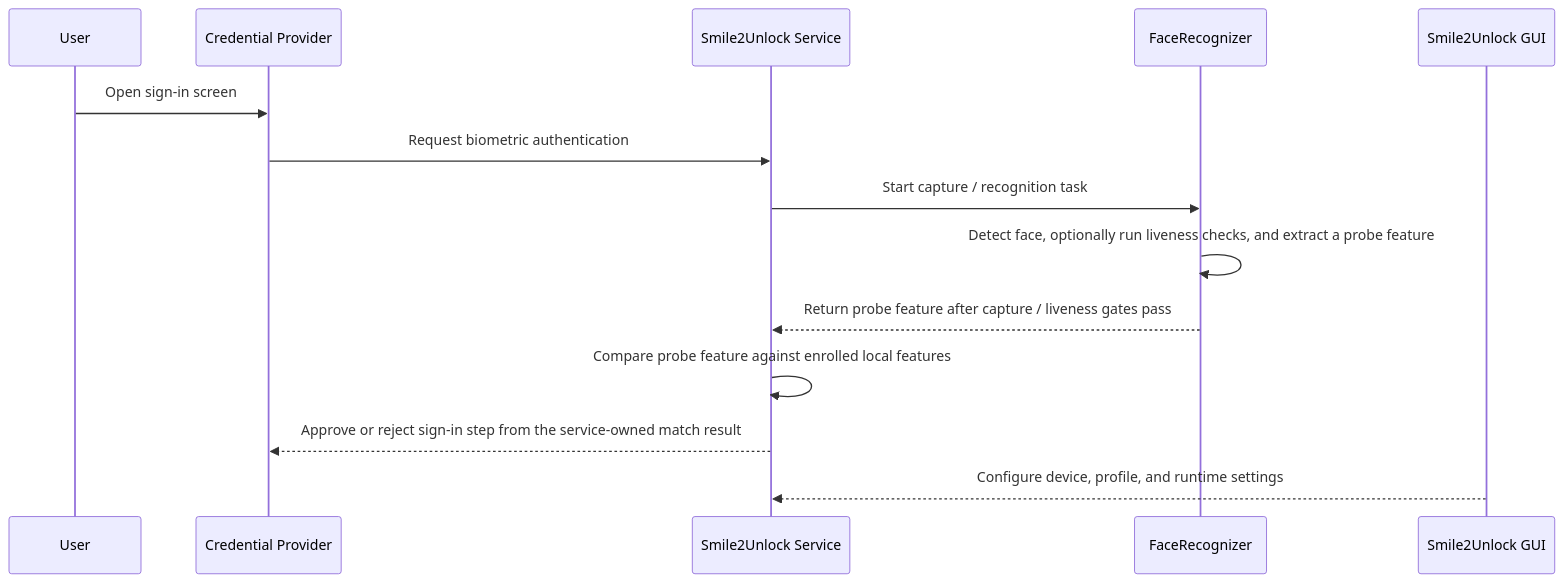
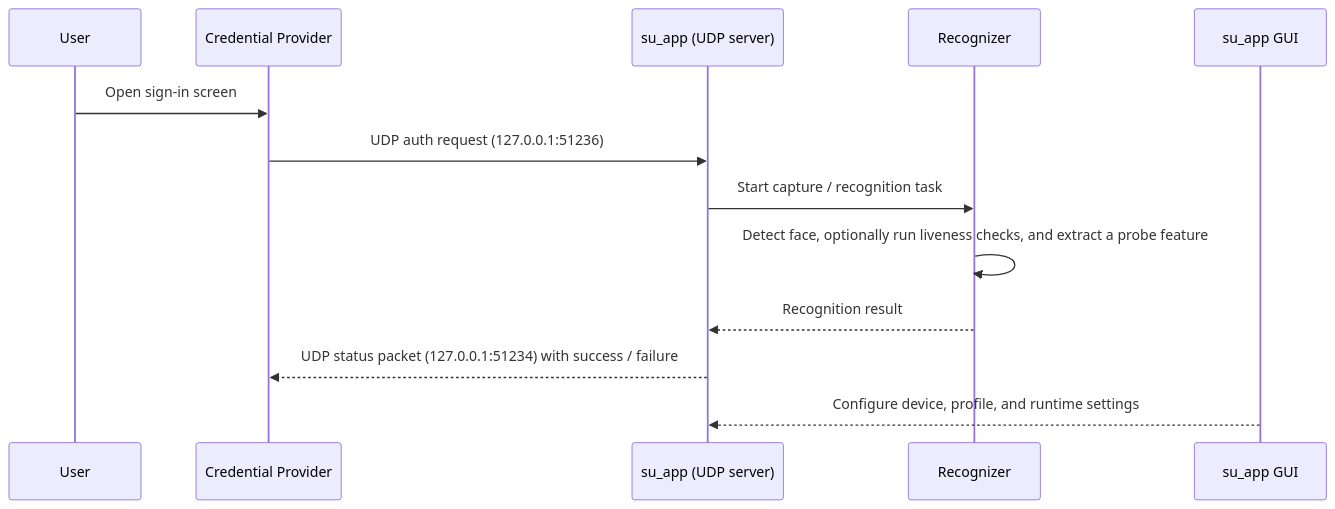
Before and after one commit to Smile2Unlock/Smile2Unlock_v2: the second of 3 diagrams in README.md, drawn with Mermaid. The commit also changed other lines of this file and 87 other files, not shown here.

````diff
--- a/README.md
+++ b/README.md
@@ -101,17 +99,16 @@
 ```mermaid
 sequenceDiagram
     participant User
     participant CP as Credential Provider
-    participant Service as Smile2Unlock Service
-    participant FR as FaceRecognizer
-    participant GUI as Smile2Unlock GUI
+    participant S as su_app (UDP server)
+    participant R as Recognizer
+    participant GUI as su_app GUI
 
     User->>CP: Open sign-in screen
-    CP->>Service: Request biometric authentication
-    Service->>FR: Start capture / recognition task
-    FR->>FR: Detect face, optionally run liveness checks, and extract a probe feature
-    FR-->>Service: Return probe feature after capture / liveness gates pass
-    Service->>Service: Compare probe feature against enrolled local features
-    Service-->>CP: Approve or reject sign-in step from the service-owned match result
-    GUI-->>Service: Configure device, profile, and runtime settings
+    CP->>S: UDP auth request (127.0.0.1:51236)
+    S->>R: Start capture / recognition task
+    R->>R: Detect face, optionally run liveness checks, and extract a probe feature
+    R-->>S: Recognition result
+    S-->>CP: UDP status packet (127.0.0.1:51234) with success / failure
+    GUI-->>S: Configure device, profile, and runtime settings
 ```
````
